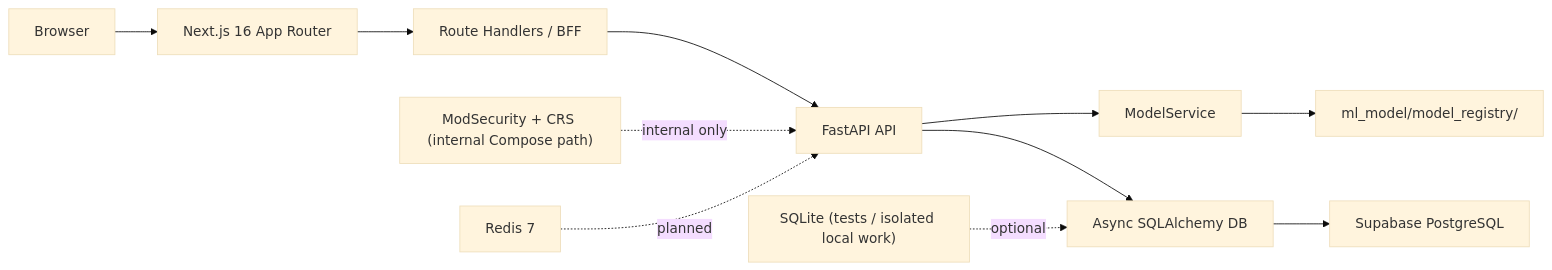
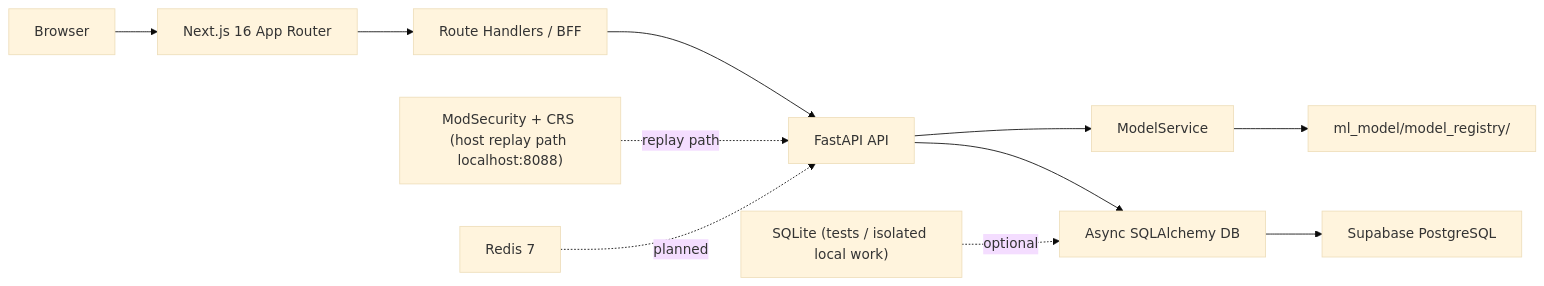
Before and after one commit to PooKYZZZ/injection-alert-system: the diagram in docs/architecture.md, drawn with Mermaid (base theme). The commit also changed other lines of this file and 5 other files, not shown here.

Commit message:
docs: Update documentation to reflect ModSecurity exposure and test results

````diff
--- a/docs/architecture.md
+++ b/docs/architecture.md
@@ -9,14 +9,14 @@
 ```mermaid
 flowchart LR
     Browser["Browser"] --> Next["Next.js 16 App Router"]
     Next --> BFF["Route Handlers / BFF"]
     BFF --> FastAPI["FastAPI API"]
     FastAPI --> Model["ModelService"]
     FastAPI --> DB["Async SQLAlchemy DB"]
     Model --> Registry["ml_model/model_registry/"]
     DB --> Supabase["Supabase PostgreSQL"]
 
     SQLite["SQLite (tests / isolated local work)"] -. optional .-> DB
-    ModSec["ModSecurity + CRS (internal Compose path)"] -. internal only .-> FastAPI
+    ModSec["ModSecurity + CRS (host replay path localhost:8088)"] -. replay path .-> FastAPI
     Redis["Redis 7"] -. planned .-> FastAPI
 ```
````
